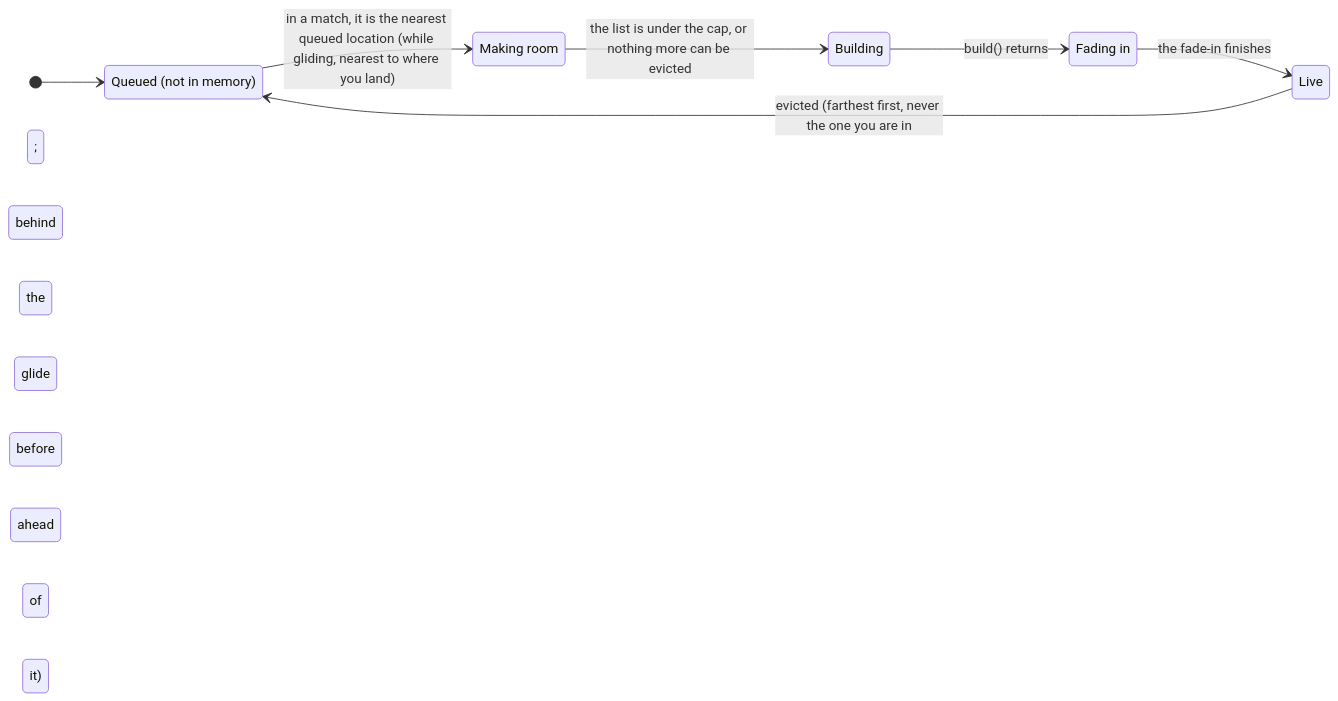
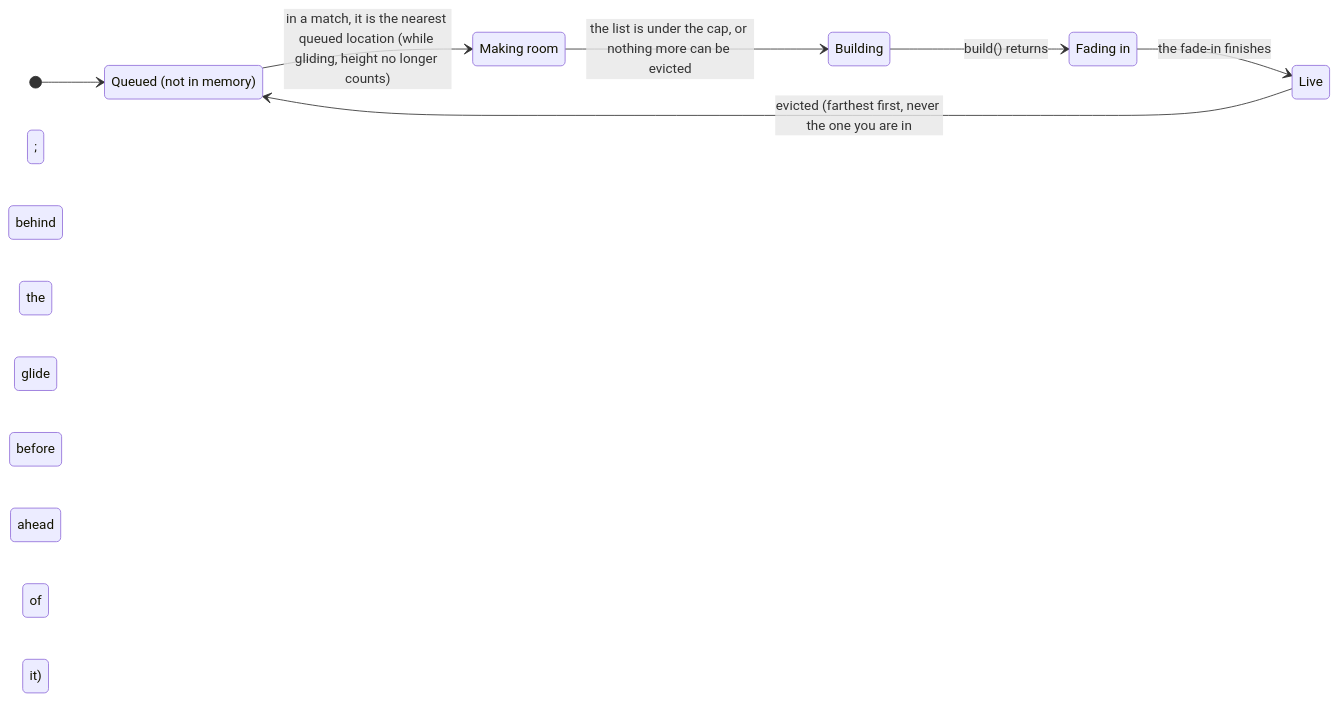
One commit to RayFernando1337/kongroyale changed the first of 2 diagrams in docs/statecharts/poi-residency.md. Above: the diagram before and after it, drawn with Mermaid. The commit also changed other lines of this file and 6 other files, not shown here.

````diff
--- a/docs/statecharts/poi-residency.md
+++ b/docs/statecharts/poi-residency.md
@@ -25,15 +24,15 @@
 ```mermaid
 stateDiagram-v2
   direction LR
   queued: Queued (not in memory)
   trimming: Making room
   building: Building
   integrating: Fading in
   live: Live
   [*] --> queued
-  queued --> trimming: in a match, it is the nearest queued location (while gliding, nearest to where you land)
+  queued --> trimming: in a match, it is the nearest queued location (while gliding, height no longer counts)
   trimming --> building: the list is under the cap, or nothing more can be evicted
   building --> integrating: build() returns
   integrating --> live: the fade-in finishes
   live --> queued: evicted (farthest first, never the one you are in; behind the glide before ahead of it)
 ```
````
